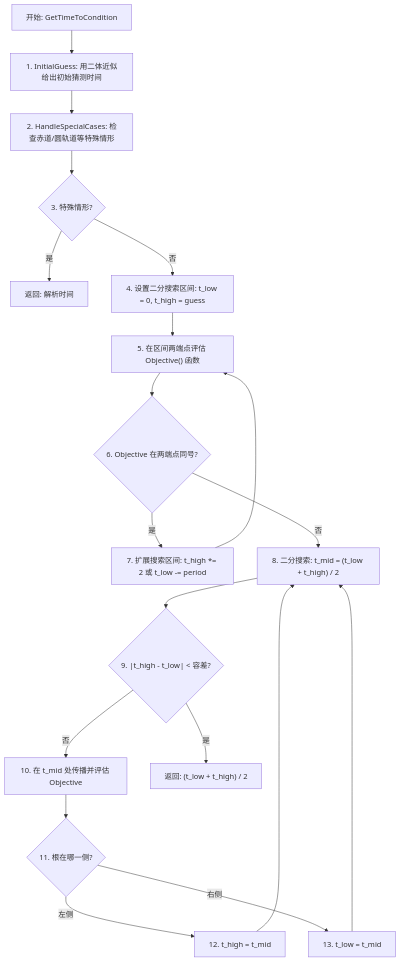
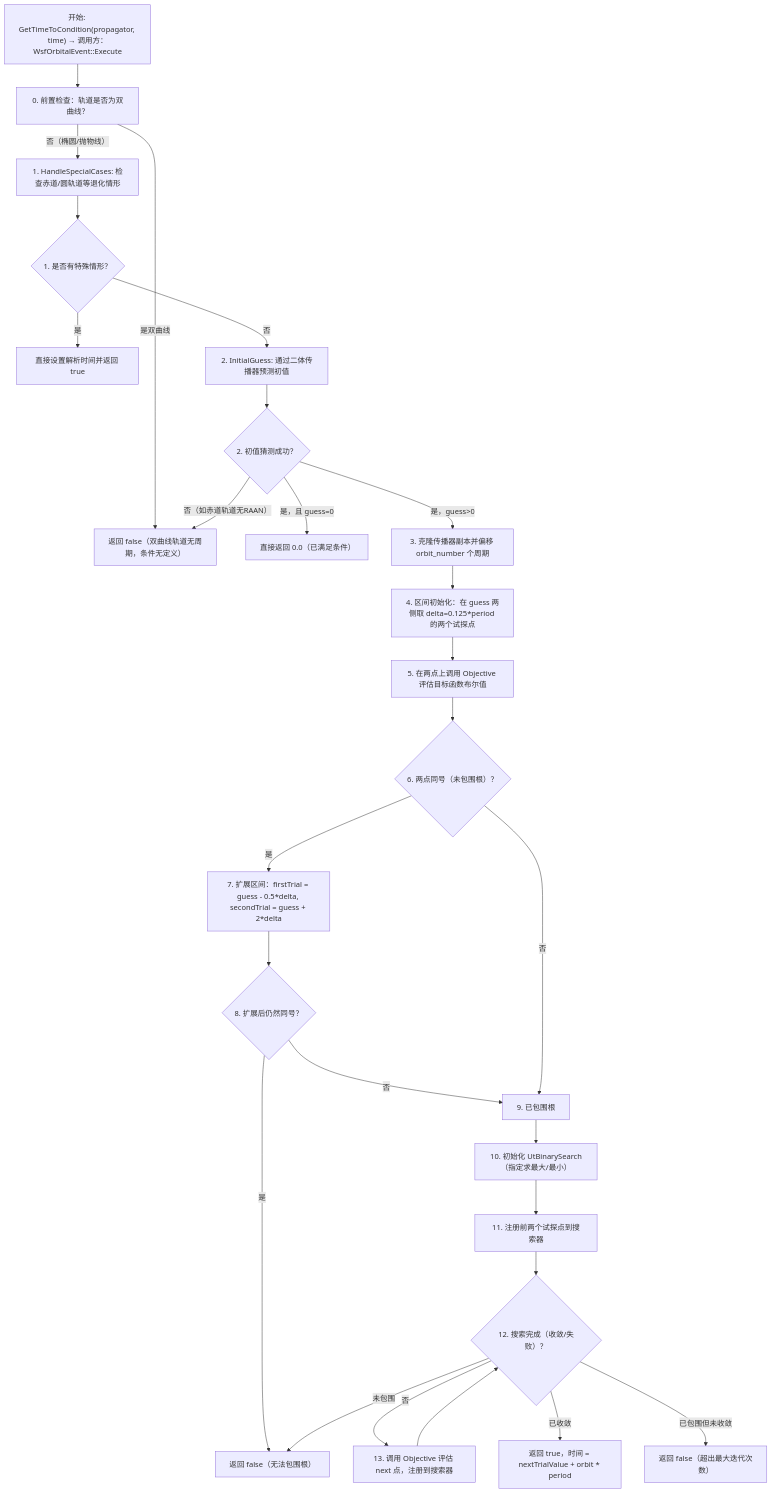
The diagram in docs/algorithms/space-orbital-event-condition-card.md (huaren990-bot/afsim-analysis-skill-project), drawn with Mermaid before and after one commit. The commit also changed other lines of this file and 107 other files, not shown here.

````diff
--- a/docs/algorithms/space-orbital-event-condition-card.md
+++ b/docs/algorithms/space-orbital-event-condition-card.md
@@ -16,21 +20,29 @@
 ```mermaid
 flowchart TD
-    A["开始: GetTimeToCondition"] --> step1["1. InitialGuess: 用二体近似给出初始猜测时间"]
-    step1 --> step2["2. HandleSpecialCases: 检查赤道/圆轨道等特殊情形"]
-    step2 --> step3{"3. 特殊情形?"}
-    step3 -->|"是"| F1["返回: 解析时间"]
-    step3 -->|"否"| step4["4. 设置二分搜索区间: t_low = 0, t_high = guess"]
-    step4 --> step5["5. 在区间两端点评估 Objective() 函数"]
-    step5 --> step6{"6. Objective 在两端点同号?"}
-    step6 -->|"是"| step7["7. 扩展搜索区间: t_high *= 2 或 t_low -= period"]
-    step7 --> step5
-    step6 -->|"否"| step8["8. 二分搜索: t_mid = (t_low + t_high) / 2"]
-    step8 --> step9{"9. |t_high - t_low| < 容差?"}
-    step9 -->|"否"| step10["10. 在 t_mid 处传播并评估 Objective"]
-    step10 --> step11{"11. 根在哪一侧?"}
-    step11 -->|"左侧"| step12["12. t_high = t_mid"]
-    step11 -->|"右侧"| step13["13. t_low = t_mid"]
-    step12 --> step8
-    step13 --> step8
-    step9 -->|"是"| F2["返回: (t_low + t_high) / 2"]
+    A["开始: GetTimeToCondition(propagator, time) → 调用方：WsfOrbitalEvent::Execute"] --> step0["0. 前置检查：轨道是否为双曲线？"]
+    step0 -->|"是双曲线"| F_fail["返回 false（双曲线轨道无周期，条件无定义）"]
+    step0 -->|"否（椭圆/抛物线）"| step1["1. HandleSpecialCases: 检查赤道/圆轨道等退化情形"]
+    step1 --> step1c{"1. 是否有特殊情形？"}
+    step1c -->|"是"| F_special["直接设置解析时间并返回 true"]
+    step1c -->|"否"| step2["2. InitialGuess: 通过二体传播器预测初值"]
+    step2 --> step2c{"2. 初值猜测成功？"}
+    step2c -->|"否（如赤道轨道无RAAN）"| F_fail
+    step2c -->|"是，且 guess=0"| F_short["直接返回 0.0（已满足条件）"]
+    step2c -->|"是，guess>0"| step3["3. 克隆传播器副本并偏移 orbit_number 个周期"]
+    step3 --> step4["4. 区间初始化：在 guess 两侧取 delta=0.125*period 的两个试探点"]
+    step4 --> step5["5. 在两点上调用 Objective 评估目标函数布尔值"]
+    step5 --> step6{"6. 两点同号（未包围根）？"}
+    step6 -->|"是"| step7["7. 扩展区间：firstTrial = guess - 0.5*delta, secondTrial = guess + 2*delta"]
+    step7 --> step8{"8. 扩展后仍然同号？"}
+    step8 -->|"是"| F_fail_no_bracket["返回 false（无法包围根）"]
+    step8 -->|"否"| step9["9. 已包围根"]
+    step6 -->|"否"| step9
+    step9 --> step10["10. 初始化 UtBinarySearch（指定求最大/最小）"]
+    step10 --> step11["11. 注册前两个试探点到搜索器"]
+    step11 --> step12{"12. 搜索完成（收敛/失败）？"}
+    step12 -->|"否"| step13["13. 调用 Objective 评估 next 点，注册到搜索器"]
+    step13 --> step12
+    step12 -->|"已收敛"| F_success["返回 true，时间 = nextTrialValue + orbit * period"]
+    step12 -->|"已包围但未收敛"| F_fail_no_converge["返回 false（超出最大迭代次数）"]
+    step12 -->|"未包围"| F_fail_no_bracket
 ```
````
